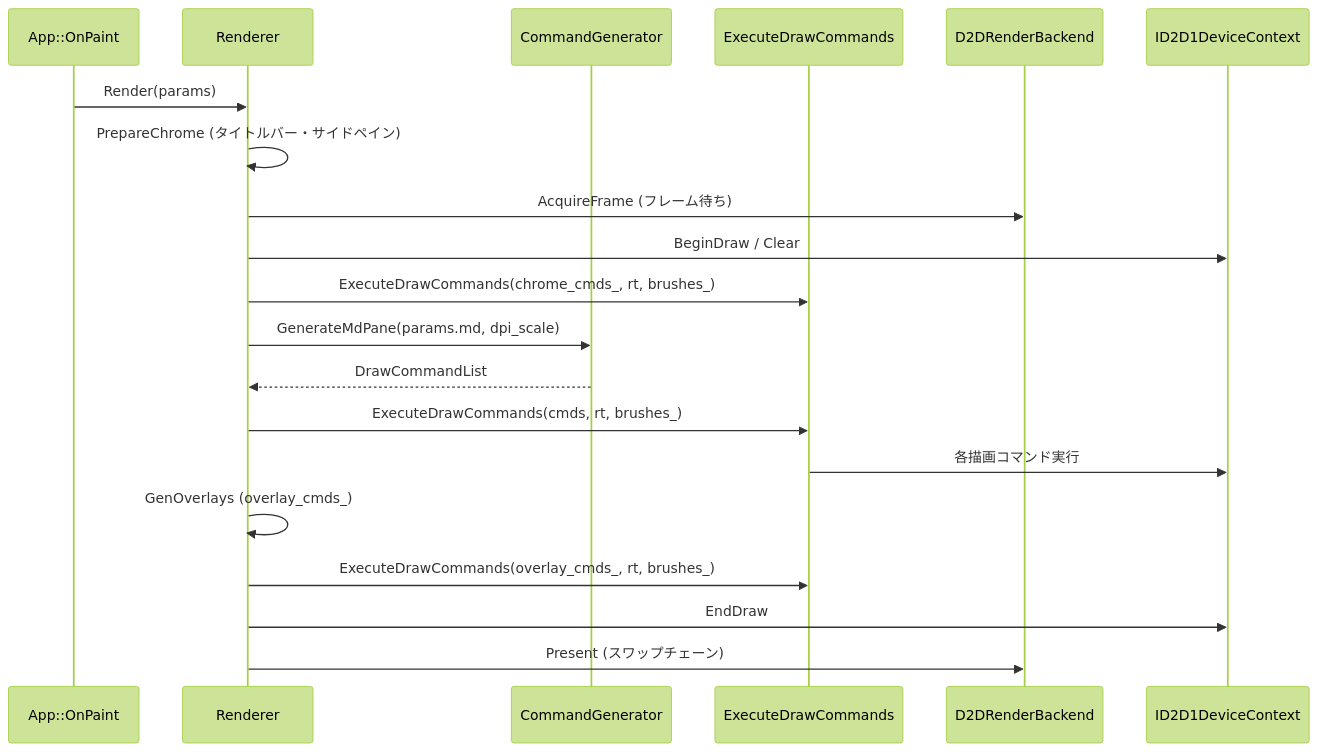
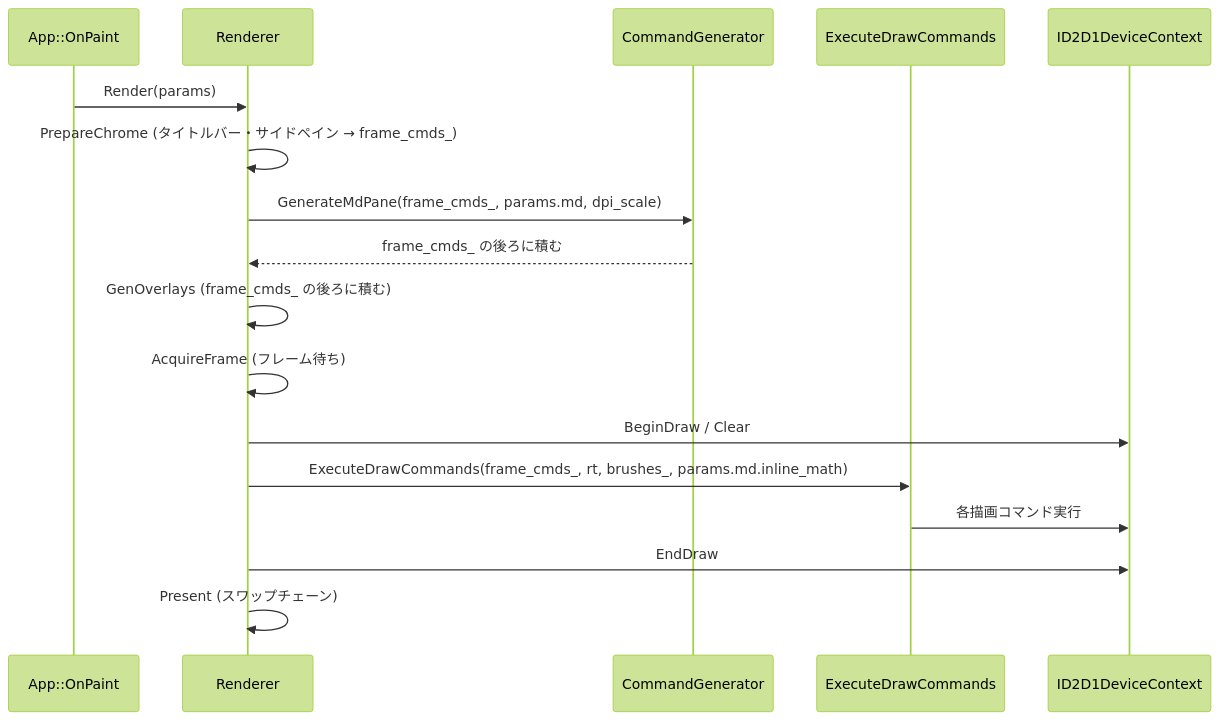
Before and after one commit to tanaton/mendo: the eighth of 27 diagrams in example/test.md, drawn with Mermaid (forest theme). The commit also changed other lines of this file and 119 other files, not shown here.

````diff
--- a/example/test.md
+++ b/example/test.md
@@ -1069,23 +1078,20 @@
 ```mermaid
 sequenceDiagram
     participant APP as App::OnPaint
     participant R as Renderer
     participant CG as CommandGenerator
     participant CE as ExecuteDrawCommands
-    participant BE as D2DRenderBackend
     participant RT as ID2D1DeviceContext
 
     APP->>R: Render(params)
-    R->>R: PrepareChrome (タイトルバー・サイドペイン)
-    R->>BE: AcquireFrame (フレーム待ち)
+    R->>R: PrepareChrome (タイトルバー・サイドペイン → frame_cmds_)
+    R->>CG: GenerateMdPane(frame_cmds_, params.md, dpi_scale)
+    CG-->>R: frame_cmds_ の後ろに積む
+    R->>R: GenOverlays (frame_cmds_ の後ろに積む)
+    R->>R: AcquireFrame (フレーム待ち)
     R->>RT: BeginDraw / Clear
-    R->>CE: ExecuteDrawCommands(chrome_cmds_, rt, brushes_)
-    R->>CG: GenerateMdPane(params.md, dpi_scale)
-    CG-->>R: DrawCommandList
-    R->>CE: ExecuteDrawCommands(cmds, rt, brushes_)
+    R->>CE: ExecuteDrawCommands(frame_cmds_, rt, brushes_, params.md.inline_math)
     CE->>RT: 各描画コマンド実行
-    R->>R: GenOverlays (overlay_cmds_)
-    R->>CE: ExecuteDrawCommands(overlay_cmds_, rt, brushes_)
     R->>RT: EndDraw
-    R->>BE: Present (スワップチェーン)
+    R->>R: Present (スワップチェーン)
 ```
````
